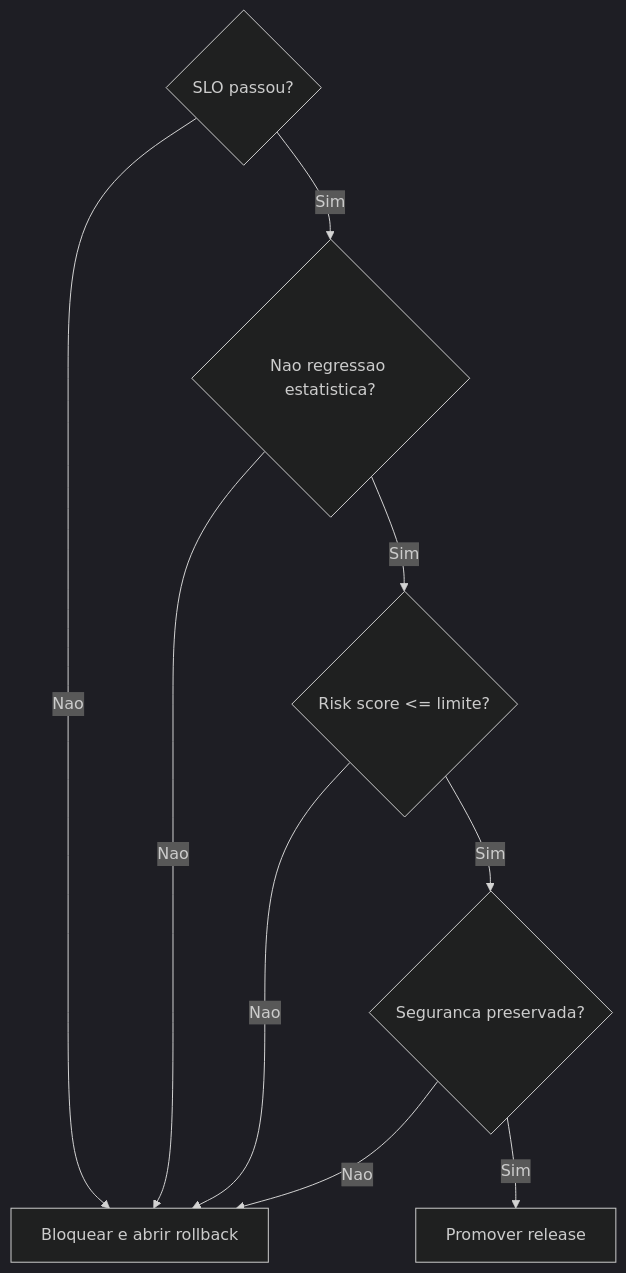
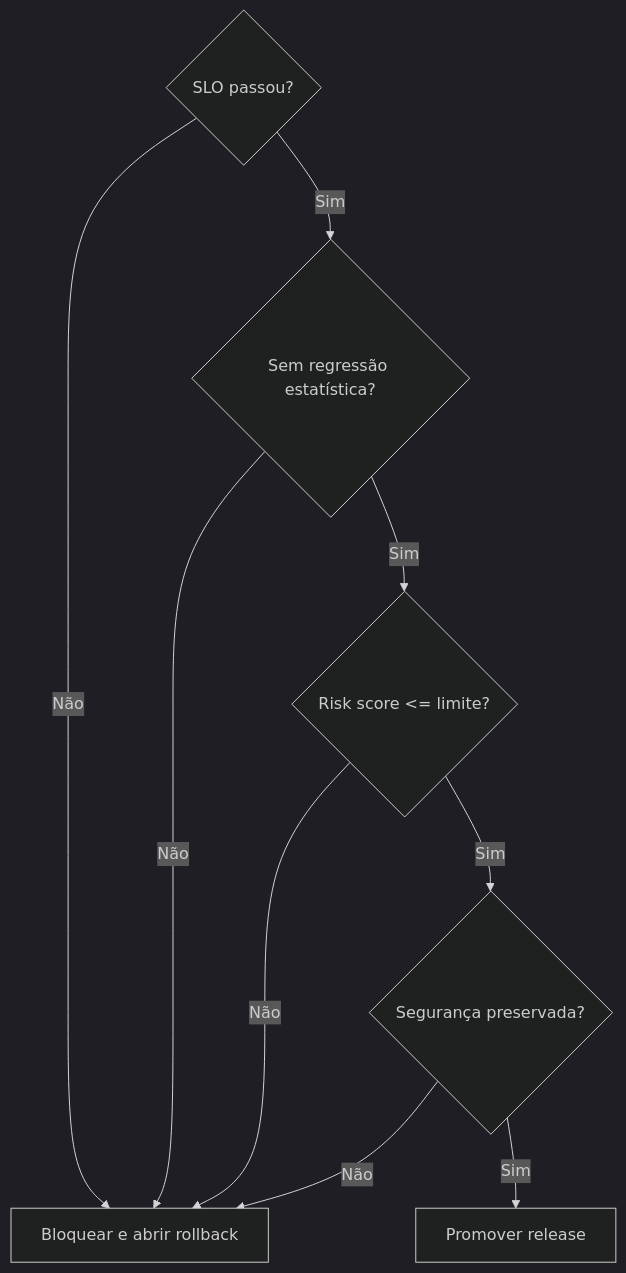
One commit to richardsonlima/mecade changed the seventh of 8 diagrams in OVERVIEW_FRAMEWORK_MECADE.md. Above: the diagram before and after it, drawn with Mermaid (dark theme). The commit also changed other lines of this file and 15 other files, not shown here.

````diff
--- a/OVERVIEW_FRAMEWORK_MECADE.md
+++ b/OVERVIEW_FRAMEWORK_MECADE.md
@@ -146,18 +169,18 @@
 ```mermaid
 flowchart TD
-  Q1{SLO passou?}
-  Q2{Nao regressao estatistica?}
-  Q3{Risk score <= limite?}
-  Q4{Seguranca preservada?}
-  OK[Promover release]
-  NO[Bloquear e abrir rollback]
+    Q1{"SLO passou?"}
+    Q2{"Sem regressão estatística?"}
+    Q3{"Risk score <= limite?"}
+    Q4{"Segurança preservada?"}
+    OK["Promover release"]
+    NO["Bloquear e abrir rollback"]
 
-  Q1 -- Nao --> NO
-  Q1 -- Sim --> Q2
-  Q2 -- Nao --> NO
-  Q2 -- Sim --> Q3
-  Q3 -- Nao --> NO
-  Q3 -- Sim --> Q4
-  Q4 -- Nao --> NO
-  Q4 -- Sim --> OK
+    Q1 -- "Não" --> NO
+    Q1 -- "Sim" --> Q2
+    Q2 -- "Não" --> NO
+    Q2 -- "Sim" --> Q3
+    Q3 -- "Não" --> NO
+    Q3 -- "Sim" --> Q4
+    Q4 -- "Não" --> NO
+    Q4 -- "Sim" --> OK
 ```
````
